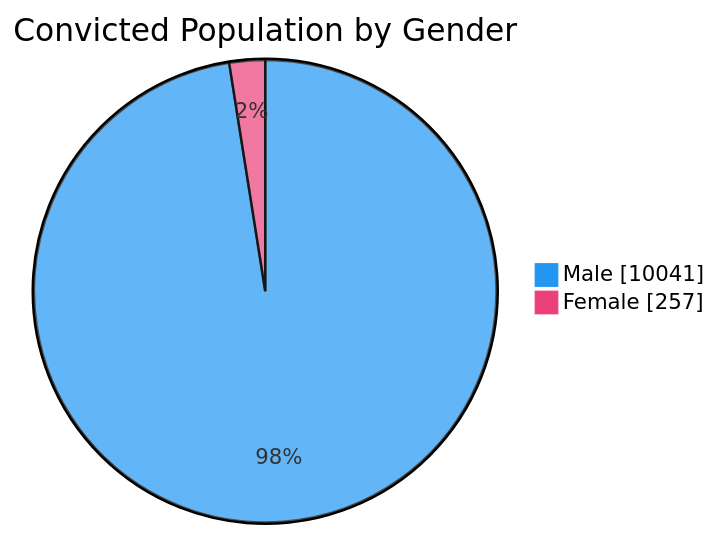
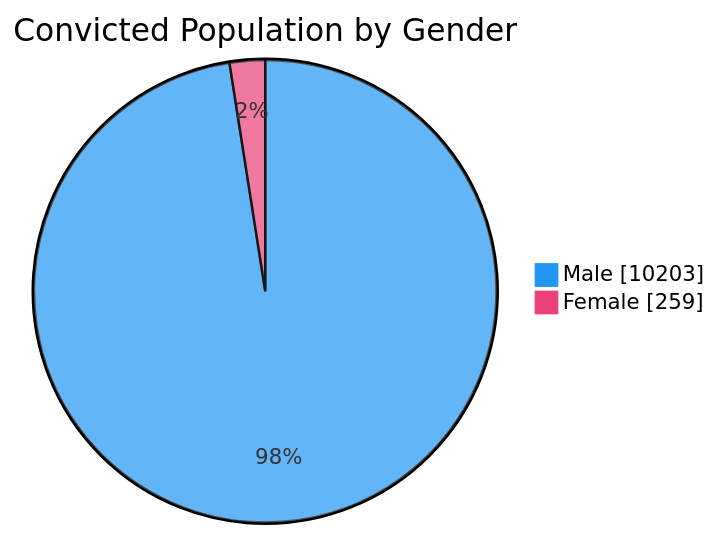
The third of 7 diagrams in README.md (nuuuwan/lk_prisons), drawn with Mermaid before and after one commit. The commit also changed other lines of this file and 1 other file, not shown here.

````diff
--- a/README.md
+++ b/README.md
@@ -65,6 +65,6 @@
 ```mermaid
 %%{init: {'themeVariables': {'pie1': '#2196F3', 'pie2': '#EC407A'}}}%%
 pie showData title Convicted Population by Gender
-    "Male" : 10041
-    "Female" : 257
+    "Male" : 10203
+    "Female" : 259
 ```
````
